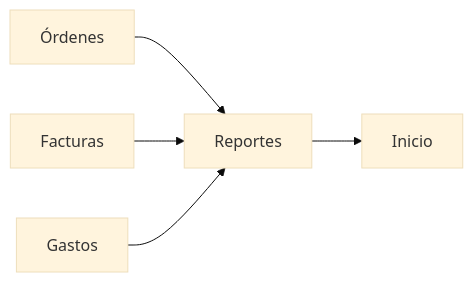
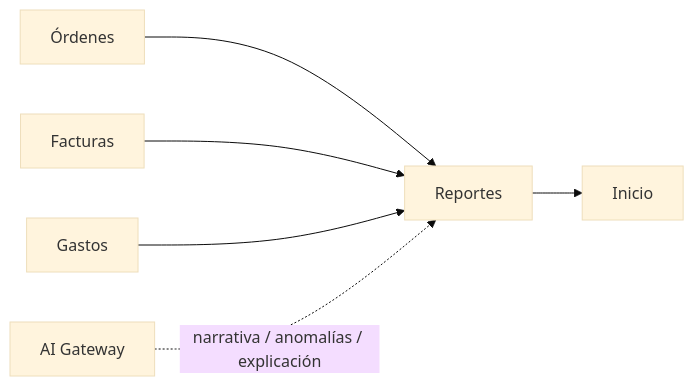
One commit to Ahcast/Bastion changed the diagram in bluehost/backend/app/Modules/Reports/LINEAMIENTOS.md. Above: the diagram before and after it, drawn with Mermaid (base theme). The commit also changed other lines of this file, not shown here.

````diff
--- a/bluehost/backend/app/Modules/Reports/LINEAMIENTOS.md
+++ b/bluehost/backend/app/Modules/Reports/LINEAMIENTOS.md
@@ -121,7 +121,8 @@
 ```mermaid
 flowchart LR
     O[Órdenes] --> R[Reportes]
     F[Facturas] --> R
     G[Gastos] --> R
     R --> I[Inicio]
+    AI[AI Gateway] -. narrativa / anomalías / explicación .-> R
 ```
````
